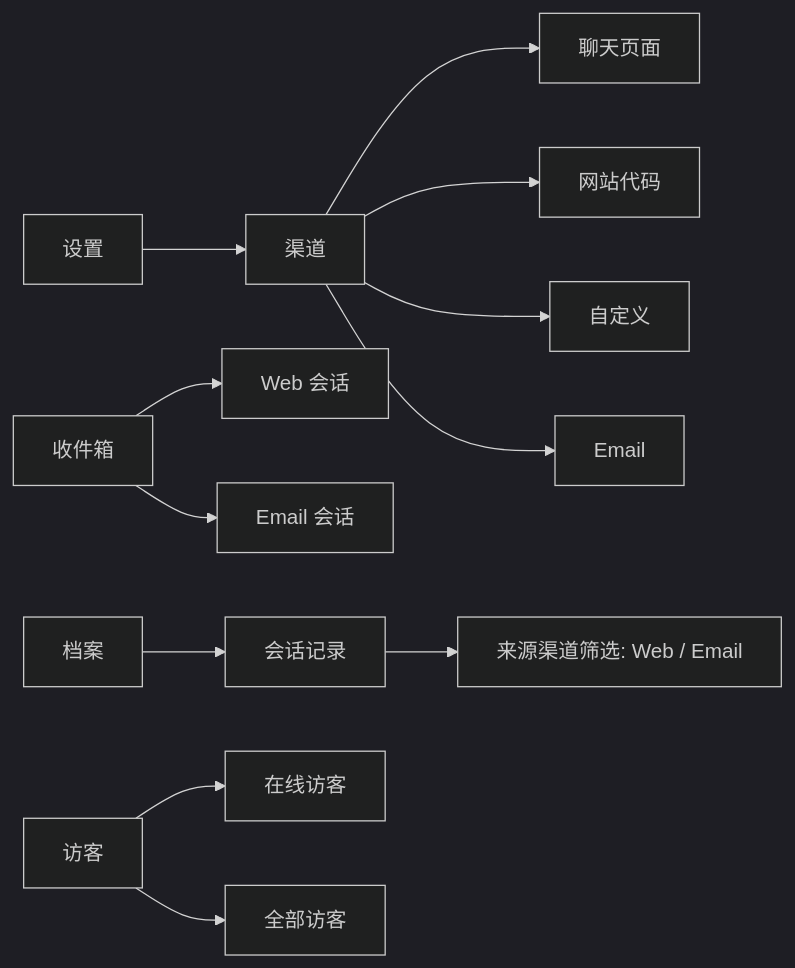
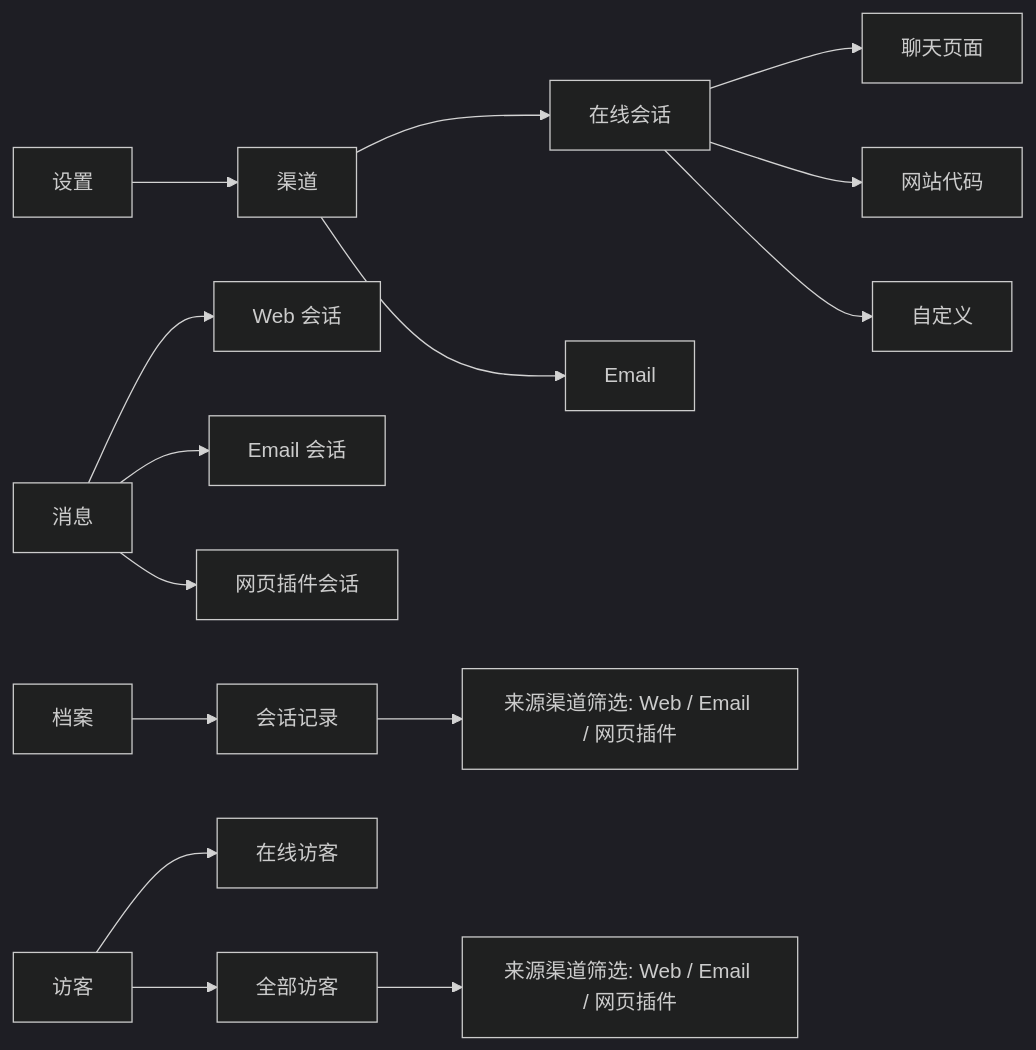
One commit to goeye/twt changed the first of 2 diagrams in docs/PRD-接入邮箱渠道.md. Above: the diagram before and after it, drawn with Mermaid (dark theme). The commit also changed other lines of this file and 7 other files, not shown here.

````diff
--- a/docs/PRD-接入邮箱渠道.md
+++ b/docs/PRD-接入邮箱渠道.md
@@ -61,17 +57,20 @@
 ```mermaid
 graph LR
   A[设置] --> B[渠道]
-  B --> B1[聊天页面]
-  B --> B2[网站代码]
-  B --> B3[自定义]
-  B --> B4[Email]
+  B --> B1[在线会话]
+  B1 --> B1a[聊天页面]
+  B1 --> B1b[网站代码]
+  B1 --> B1c[自定义]
+  B --> B2[Email]
 
-  C[收件箱] --> C1[Web 会话]
-  C[收件箱] --> C2[Email 会话]
+  C[消息] --> C1[Web 会话]
+  C --> C2[Email 会话]
+  C --> C3[网页插件会话]
 
   D[档案] --> D1[会话记录]
-  D1 --> D1a[来源渠道筛选: Web / Email]
+  D1 --> D1a[来源渠道筛选: Web / Email / 网页插件]
 
   E[访客] --> E1[在线访客]
   E[访客] --> E2[全部访客]
+  E2 --> E2a[来源渠道筛选: Web / Email / 网页插件]
 ```
````
